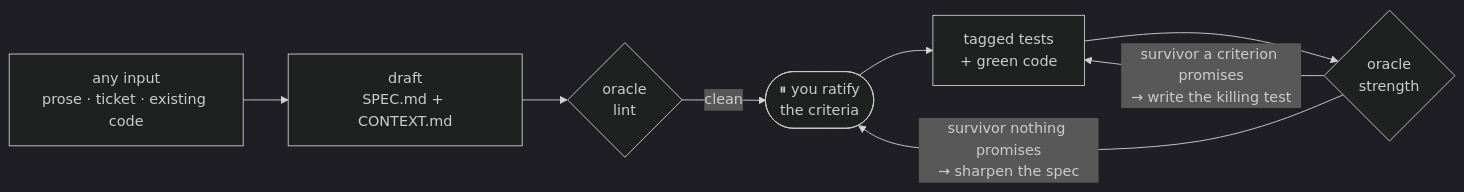
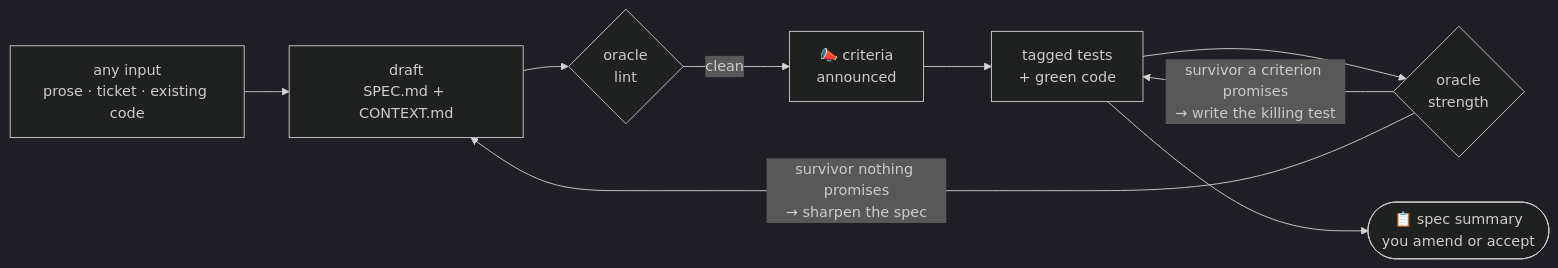
The diagram in README.md (matthewalton/speccle), drawn with Mermaid (dark theme) before and after one commit. The commit also changed other lines of this file and 11 other files, not shown here.

First line of the commit message:
feat(plugin): retire the ratify pause — announce criteria, end with a spec summary

````diff
--- a/README.md
+++ b/README.md
@@ -47,10 +49,11 @@
 ```mermaid
 flowchart LR
     A["any input<br/>prose · ticket · existing code"] --> B["draft<br/>SPEC.md + CONTEXT.md"]
     B --> C{"oracle<br/>lint"}
-    C -->|clean| D(["⏸ you ratify<br/>the criteria"])
+    C -->|clean| D["📣 criteria<br/>announced"]
     D --> E["tagged tests<br/>+ green code"]
     E --> F{"oracle<br/>strength"}
     F -->|"survivor a criterion promises<br/>→ write the killing test"| E
-    F -->|"survivor nothing promises<br/>→ sharpen the spec"| D
+    F -->|"survivor nothing promises<br/>→ sharpen the spec"| B
+    E --> G(["📋 spec summary<br/>you amend or accept"])
 ```
````
